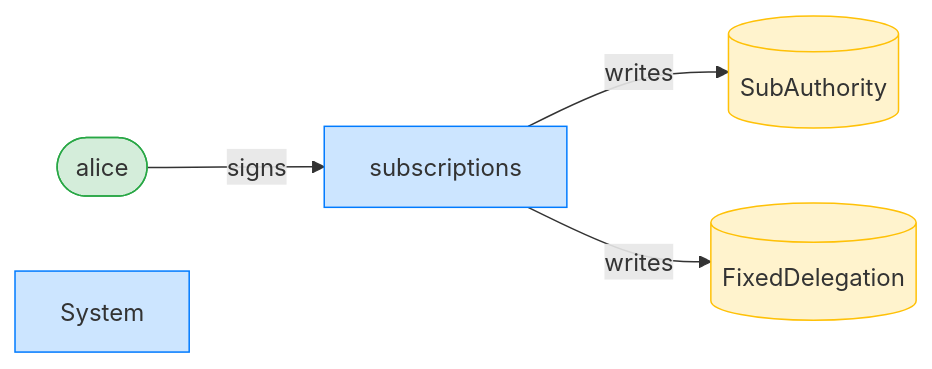
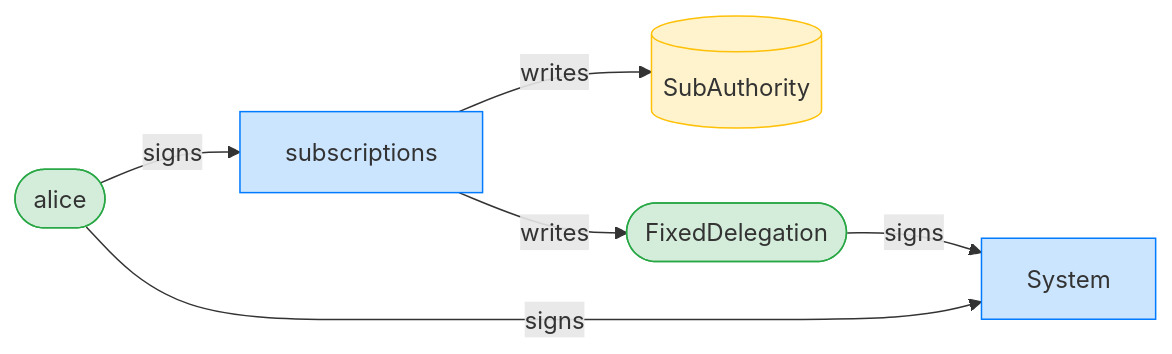
The seventh of 8 diagrams in dsl_tests/fixed-transfer-exceeding-the-allowance-is-refused.md (cds-rs/subscriptions), drawn with Mermaid before and after one commit. The commit also changed other lines of this file and 224 other files, not shown here.

````diff
--- a/dsl_tests/fixed-transfer-exceeding-the-allowance-is-refused.md
+++ b/dsl_tests/fixed-transfer-exceeding-the-allowance-is-refused.md
@@ -130,14 +136,16 @@
 ```mermaid
 flowchart LR
     classDef signer fill:#d4edda,stroke:#28a745;
     classDef program fill:#cce5ff,stroke:#007bff;
     classDef writable fill:#fff3cd,stroke:#ffc107;
     subscriptions[subscriptions]:::program
     alice([alice]):::signer
     SubAuthority[(SubAuthority)]:::writable
-    FixedDelegation[(FixedDelegation)]:::writable
+    FixedDelegation([FixedDelegation]):::signer
     System[System]:::program
     alice -->|signs| subscriptions
+    alice -->|signs| System
+    FixedDelegation -->|signs| System
     subscriptions -->|writes| SubAuthority
     subscriptions -->|writes| FixedDelegation
 ```
````
